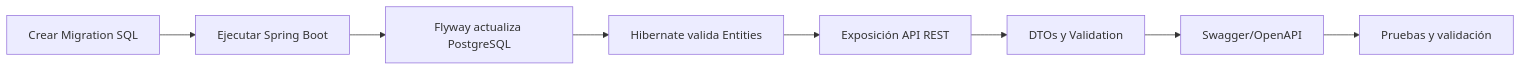
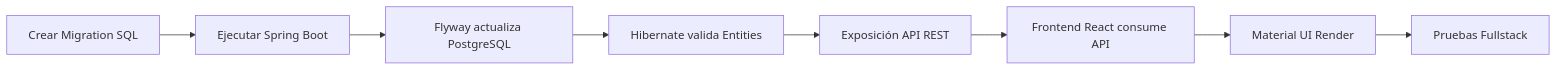
One commit to Nahuellunacab/protecciones-trazabilidad changed the seventh of 7 diagrams in README.md. Above: the diagram before and after it, drawn with Mermaid. The commit also changed other lines of this file, not shown here.

````diff
--- a/README.md
+++ b/README.md
@@ -554,18 +695,18 @@
 ```mermaid
 flowchart LR
 
     A[Crear Migration SQL]
         --> B[Ejecutar Spring Boot]
 
     B --> C[Flyway actualiza PostgreSQL]
 
     C --> D[Hibernate valida Entities]
 
     D --> E[Exposición API REST]
 
-    E --> F[DTOs y Validation]
+    E --> F[Frontend React consume API]
 
-    F --> G[Swagger/OpenAPI]
+    F --> G[Material UI Render]
 
-    G --> H[Pruebas y validación]
+    G --> H[Pruebas Fullstack]
 ```
````
